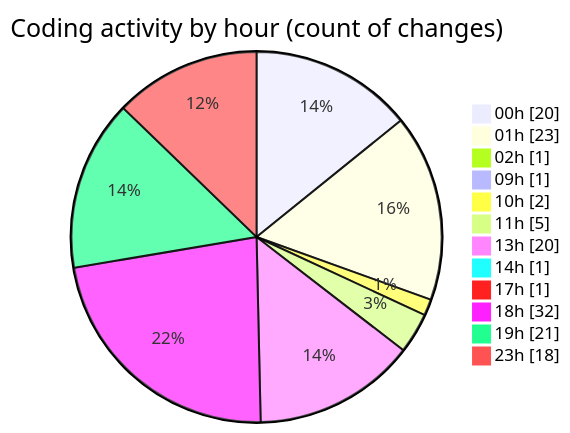
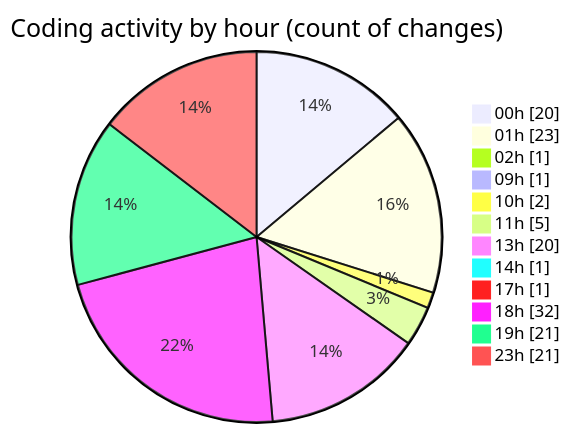
Before and after one commit to julien-gomy/code-tracking: the second of 2 diagrams in 2025-10-16/eventscop-frontend-guide__workspace_/README.md, drawn with Mermaid. The commit also changed other lines of this file and 1 other file, not shown here.

````diff
--- a/2025-10-16/eventscop-frontend-guide__workspace_/README.md
+++ b/2025-10-16/eventscop-frontend-guide__workspace_/README.md
@@ -66,16 +66,16 @@
 ```mermaid
 pie showData
 title Coding activity by hour (count of changes)
 "00h" : 20
 "01h" : 23
 "02h" : 1
 "09h" : 1
 "10h" : 2
 "11h" : 5
 "13h" : 20
 "14h" : 1
 "17h" : 1
 "18h" : 32
 "19h" : 21
-"23h" : 18
+"23h" : 21
 ```
````
